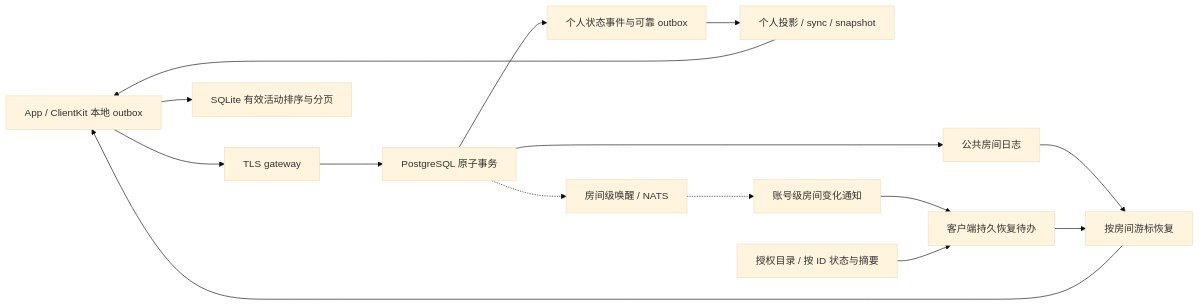
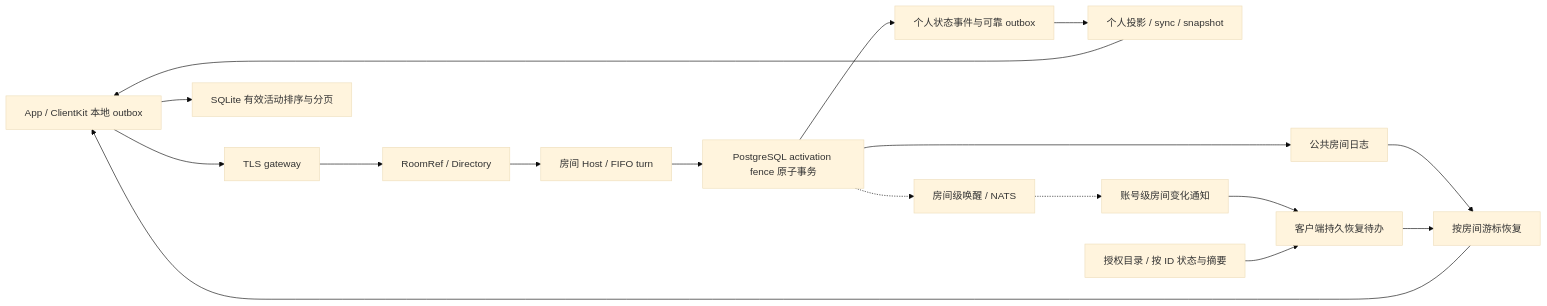
One commit to Yyilin001/IMMonorepo changed the diagram in docs/current-system-map.md. Above: the diagram before and after it, drawn with Mermaid (base theme). The commit also changed other lines of this file and 5 other files, not shown here.

````diff
--- a/docs/current-system-map.md
+++ b/docs/current-system-map.md
@@ -18,17 +19,19 @@
 ```mermaid
 flowchart LR
     C["App / ClientKit 本地 outbox"] --> G["TLS gateway"]
-    G --> T["PostgreSQL 原子事务"]
+    G --> V["RoomRef / Directory"]
+    V --> H["房间 Host / FIFO turn"]
+    H --> T["PostgreSQL activation fence 原子事务"]
     T --> R["公共房间日志"]
     T --> P["个人状态事件与可靠 outbox"]
     P --> S["个人投影 / sync / snapshot"]
     S --> C
     R --> Q["按房间游标恢复"]
     Q --> C
     T -.-> N["房间级唤醒 / NATS"]
     N -.-> A["账号级房间变化通知"]
     A --> W["客户端持久恢复待办"]
     W --> Q
     D["授权目录 / 按 ID 状态与摘要"] --> W
     C --> L["SQLite 有效活动排序与分页"]
 ```
````
